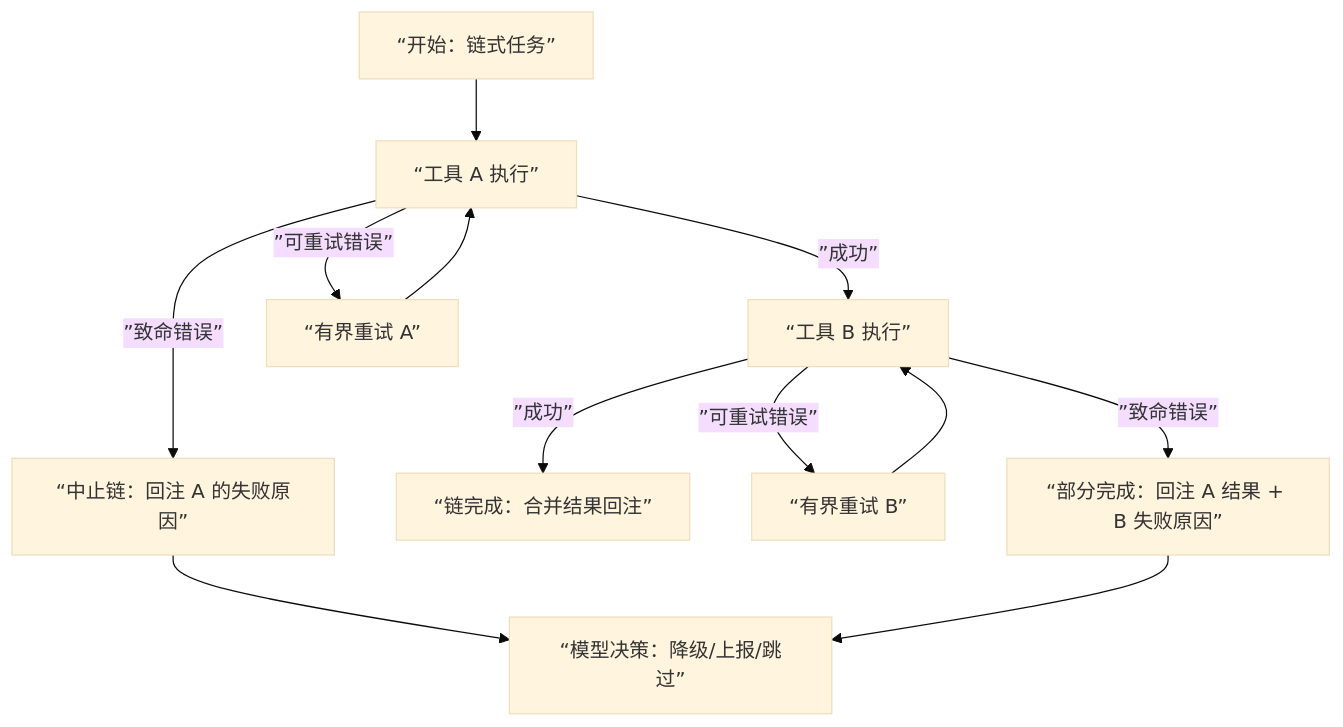
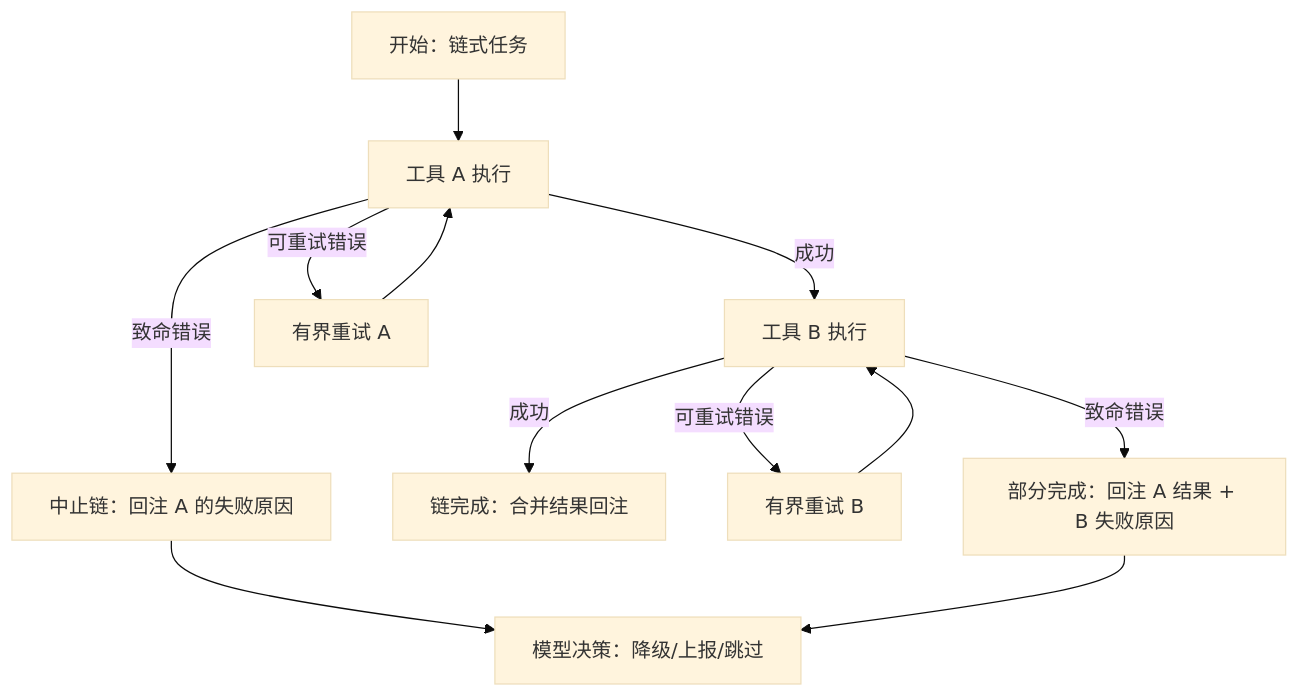
The second of 2 diagrams in 05_tools_skills/5.1_tool_inventory.md (yeasy/openclaw_guide), drawn with Mermaid (base theme) before and after one commit. The commit also changed 11 other files, not shown here.

````diff
--- a/05_tools_skills/5.1_tool_inventory.md
+++ b/05_tools_skills/5.1_tool_inventory.md
@@ -101,14 +101,14 @@
 ```mermaid
 flowchart TD
-  S[“开始：链式任务”] --> A[“工具 A 执行”]
-  A -->|”成功”| B[“工具 B 执行”]
-  A -->|”可重试错误”| RA[“有界重试 A”]
-  A -->|”致命错误”| FA[“中止链：回注 A 的失败原因”]
+  S["开始：链式任务"] --> A["工具 A 执行"]
+  A -->|"成功"| B["工具 B 执行"]
+  A -->|"可重试错误"| RA["有界重试 A"]
+  A -->|"致命错误"| FA["中止链：回注 A 的失败原因"]
   RA --> A
-  B -->|”成功”| OK[“链完成：合并结果回注”]
-  B -->|”可重试错误”| RB[“有界重试 B”]
-  B -->|”致命错误”| FB[“部分完成：回注 A 结果 + B 失败原因”]
+  B -->|"成功"| OK["链完成：合并结果回注"]
+  B -->|"可重试错误"| RB["有界重试 B"]
+  B -->|"致命错误"| FB["部分完成：回注 A 结果 + B 失败原因"]
   RB --> B
-  FA --> M[“模型决策：降级/上报/跳过”]
+  FA --> M["模型决策：降级/上报/跳过"]
   FB --> M
 ```
````
